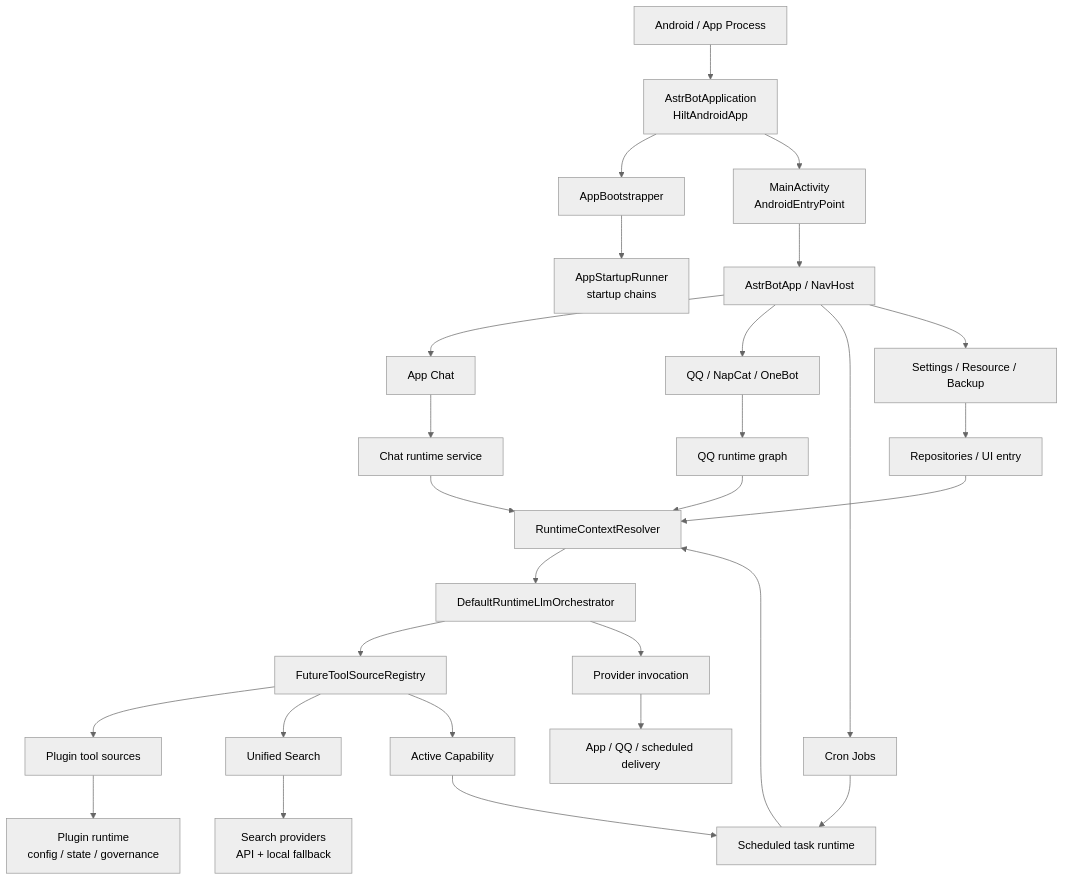
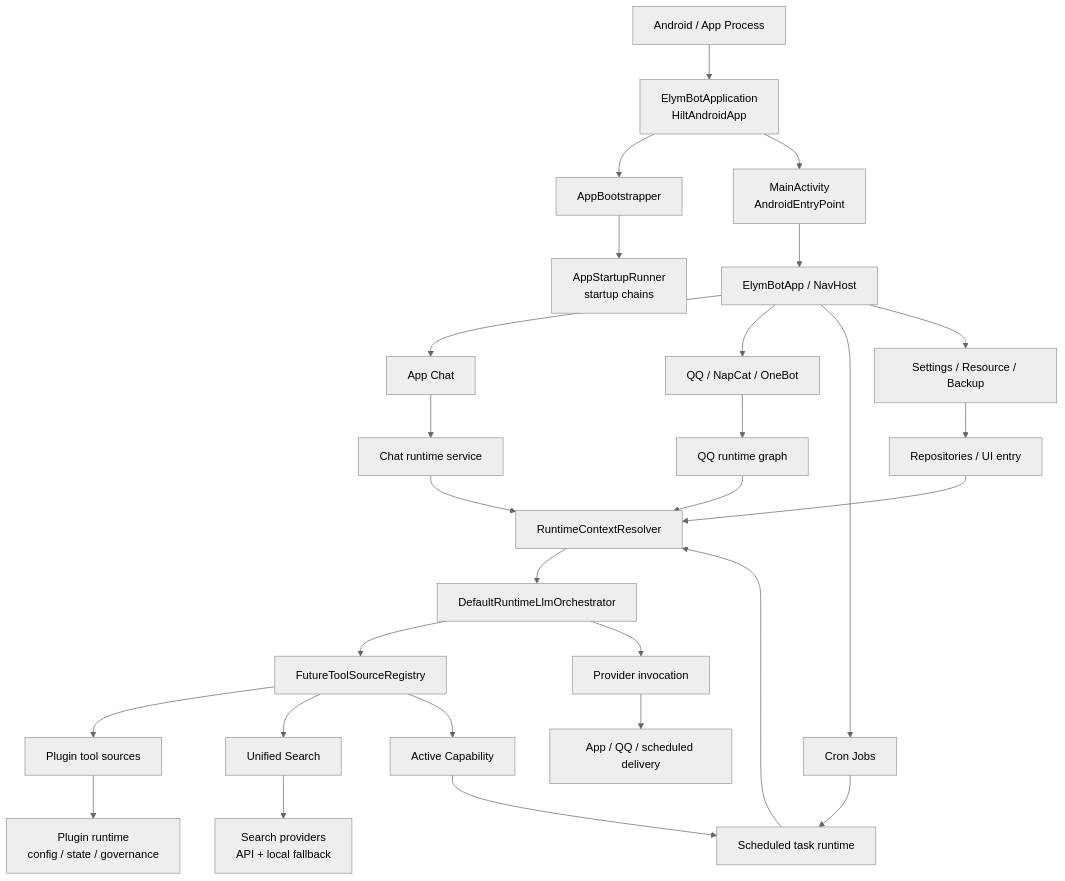
One commit to undertaker33/ElymBot changed the first of 6 diagrams in docs/archive/pre-uth-docs/docs-00-11/11_全链路执行流程图.md. Above: the diagram before and after it, drawn with Mermaid (neutral theme). The commit also changed other lines of this file and 2201 other files, not shown here.

````diff
--- a/docs/archive/pre-uth-docs/docs-00-11/11_全链路执行流程图.md
+++ b/docs/archive/pre-uth-docs/docs-00-11/11_全链路执行流程图.md
@@ -29,35 +29,35 @@
 ```mermaid
 flowchart TB
-    A["Android / App Process"] --> B["AstrBotApplication<br/>HiltAndroidApp"]
+    A["Android / App Process"] --> B["ElymBotApplication<br/>HiltAndroidApp"]
     B --> C["AppBootstrapper"]
     C --> D["AppStartupRunner<br/>startup chains"]
     B --> E["MainActivity<br/>AndroidEntryPoint"]
-    E --> F["AstrBotApp / NavHost"]
+    E --> F["ElymBotApp / NavHost"]
 
     F --> G["App Chat"]
     F --> H["QQ / NapCat / OneBot"]
     F --> I["Cron Jobs"]
     F --> J["Settings / Resource / Backup"]
 
     G --> K["Chat runtime service"]
     H --> L["QQ runtime graph"]
     I --> M["Scheduled task runtime"]
     J --> N["Repositories / UI entry"]
 
     K --> O["RuntimeContextResolver"]
     L --> O
     M --> O
     N --> O
 
     O --> P["DefaultRuntimeLlmOrchestrator"]
     P --> Q["FutureToolSourceRegistry"]
     Q --> R["Plugin tool sources"]
     Q --> S["Unified Search"]
     Q --> T["Active Capability"]
     P --> U["Provider invocation"]
 
     R --> V["Plugin runtime<br/>config / state / governance"]
     S --> W["Search providers<br/>API + local fallback"]
     T --> M
     U --> X["App / QQ / scheduled delivery"]
 ```
````
